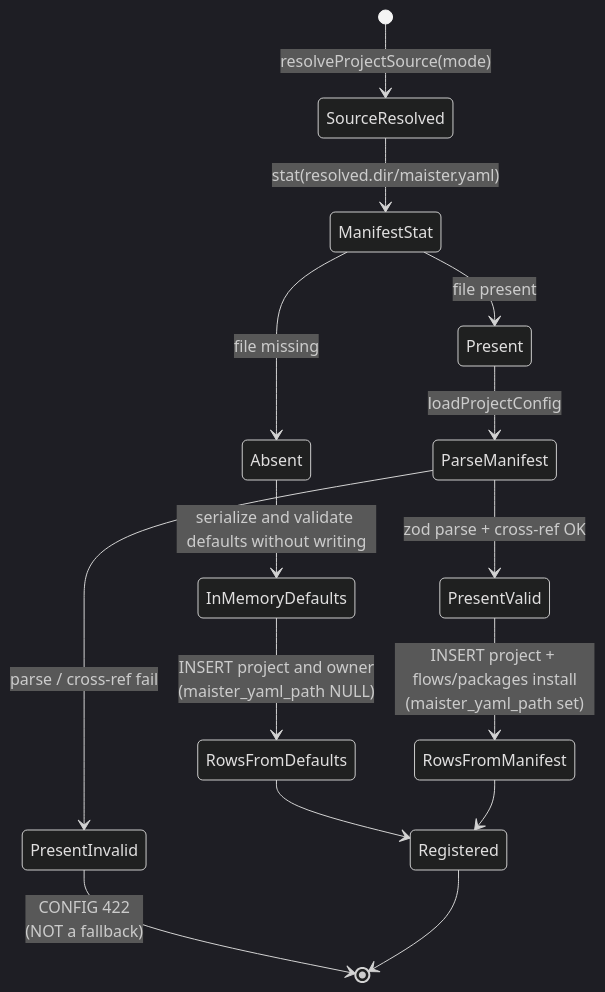
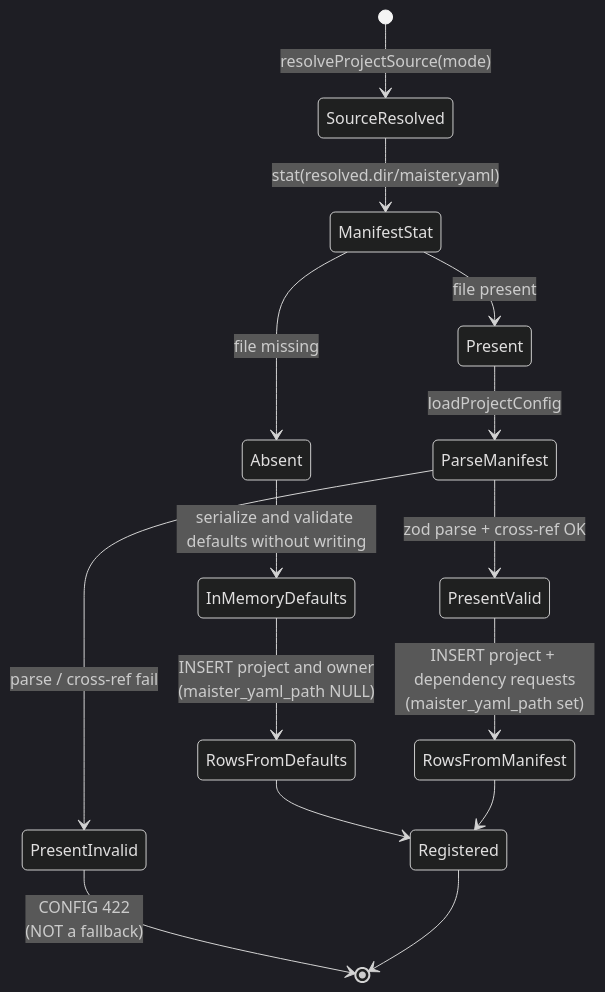
The second of 4 diagrams in docs/system-analytics/projects.md (maister-dev/maister), drawn with Mermaid (dark theme) before and after one commit. The commit also changed other lines of this file and 14 other files, not shown here.

````diff
--- a/docs/system-analytics/projects.md
+++ b/docs/system-analytics/projects.md
@@ -84,17 +80,17 @@
 ```mermaid
 stateDiagram-v2
     [*] --> SourceResolved: resolveProjectSource(mode)
     SourceResolved --> ManifestStat: stat(resolved.dir/maister.yaml)
     ManifestStat --> Present: file present
     ManifestStat --> Absent: file missing
     Present --> ParseManifest: loadProjectConfig
     ParseManifest --> PresentValid: zod parse + cross-ref OK
     ParseManifest --> PresentInvalid: parse / cross-ref fail
-    PresentValid --> RowsFromManifest: INSERT project + flows/packages install<br/>(maister_yaml_path set)
+    PresentValid --> RowsFromManifest: INSERT project + dependency requests<br/>(maister_yaml_path set)
     PresentInvalid --> [*]: CONFIG 422<br/>(NOT a fallback)
     Absent --> InMemoryDefaults: serialize and validate defaults without writing
     InMemoryDefaults --> RowsFromDefaults: INSERT project and owner<br/>(maister_yaml_path NULL)
     RowsFromDefaults --> Registered
     RowsFromManifest --> Registered
     Registered --> [*]
 ```
````
